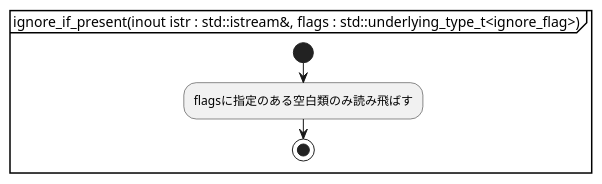
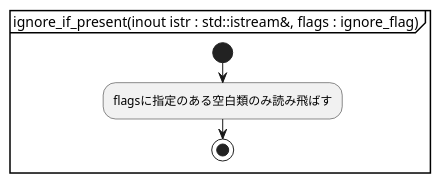
One commit to KodaiYM/PDFReader changed the ninth of 11 diagrams in document/parser.activity.pu. Above: the diagram before and after it, drawn with PlantUML. The commit also changed other lines of this file and 3 other files, not shown here.

```diff
--- a/document/parser.activity.pu
+++ b/document/parser.activity.pu
@@ -219,7 +215,7 @@
 @startuml ignore_if_present
-partition "ignore_if_present(inout istr : std::istream&, flags : std::underlying_type_t<ignore_flag>)" {
+partition "ignore_if_present(inout istr : std::istream&, flags : ignore_flag)" {
 start
 	:flagsに指定のある空白類のみ読み飛ばす;
 stop
 }
 @enduml
```
